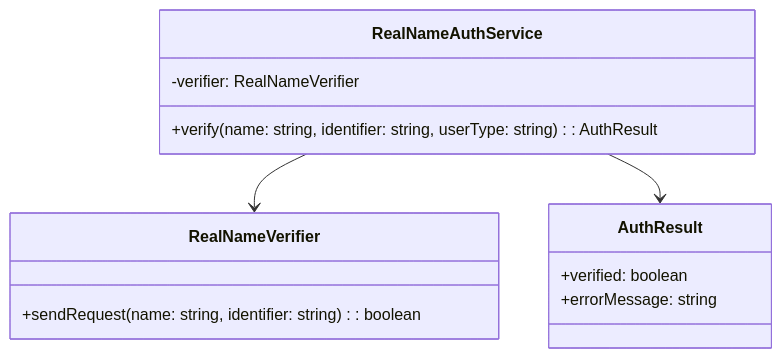
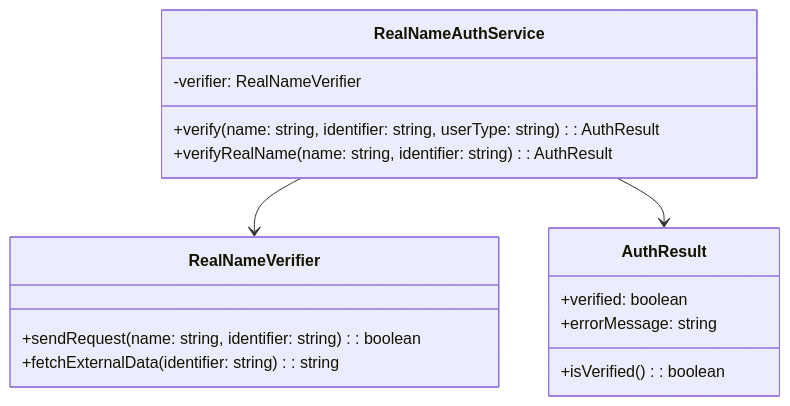
Before and after one commit to sun922/University-SoftwareDesign: the tenth of 11 diagrams in 2. Design/Software Design Documents.md, drawn with Mermaid. The commit also changed other lines of this file, not shown here.

Commit message:
클래스 다이어그램 누락된거 수정

````diff
--- a/2. Design/Software Design Documents.md
+++ b/2. Design/Software Design Documents.md
@@ -1075,18 +1110,22 @@
 ```mermaid
 classDiagram
 class RealNameAuthService {
     -verifier: RealNameVerifier
     +verify(name: string, identifier: string, userType: string): AuthResult
+    +verifyRealName(name: string, identifier: string): AuthResult
 }
+
 class RealNameVerifier {
     +sendRequest(name: string, identifier: string): boolean
+    +fetchExternalData(identifier: string): string
 }
 
 class AuthResult {
     +verified: boolean
     +errorMessage: string
+    +isVerified(): boolean
 }
 
 RealNameAuthService --> RealNameVerifier
 RealNameAuthService --> AuthResult
 ```
````
